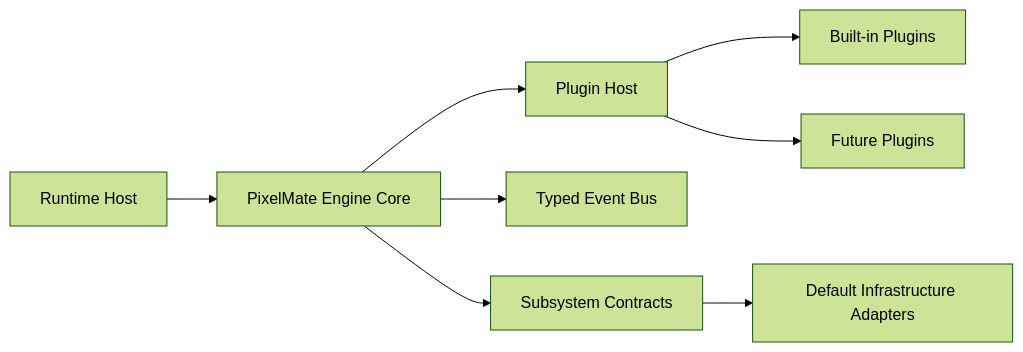
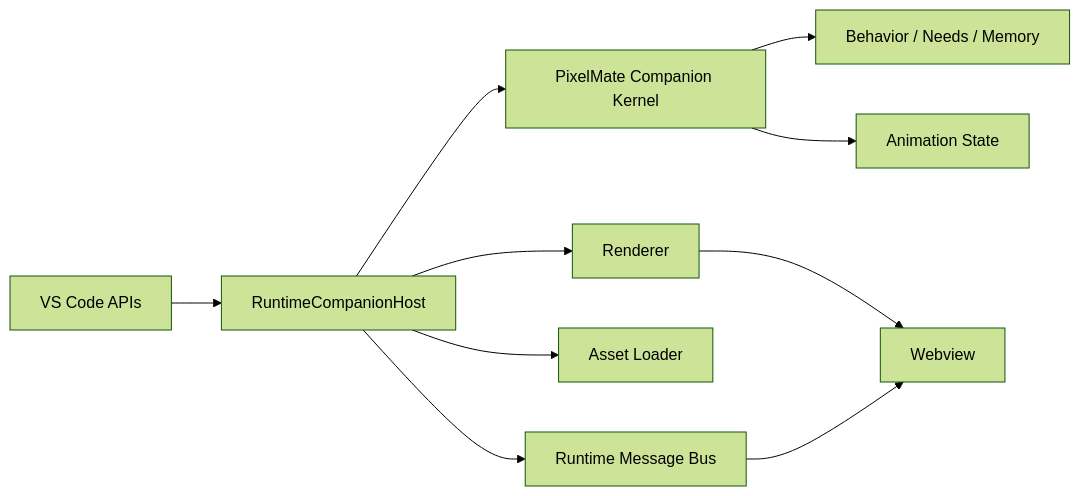
One commit to Aetherexa/PixelMate changed the diagram in docs/ARCHITECTURE.md. Above: the diagram before and after it, drawn with Mermaid (forest theme). The commit also changed other lines of this file, not shown here.

Commit message:
docs: refresh docs/architecture.md

````diff
--- a/docs/ARCHITECTURE.md
+++ b/docs/ARCHITECTURE.md
@@ -7,10 +5,12 @@
 ```mermaid
 flowchart LR
-  RH[Runtime Host] --> E[PixelMate Engine Core]
-  E --> PH[Plugin Host]
-  PH --> P1[Built-in Plugins]
-  PH --> P2[Future Plugins]
-  E --> EB[Typed Event Bus]
-  E --> SS[Subsystem Contracts]
-  SS --> INF[Default Infrastructure Adapters]
+  VS[VS Code APIs] --> RH[RuntimeCompanionHost]
+  RH --> K[PixelMate Companion Kernel]
+  RH --> MB[Runtime Message Bus]
+  K --> B[Behavior / Needs / Memory]
+  K --> A[Animation State]
+  RH --> AL[Asset Loader]
+  RH --> R[Renderer]
+  R --> WV[Webview]
+  MB --> WV
 ```
````
